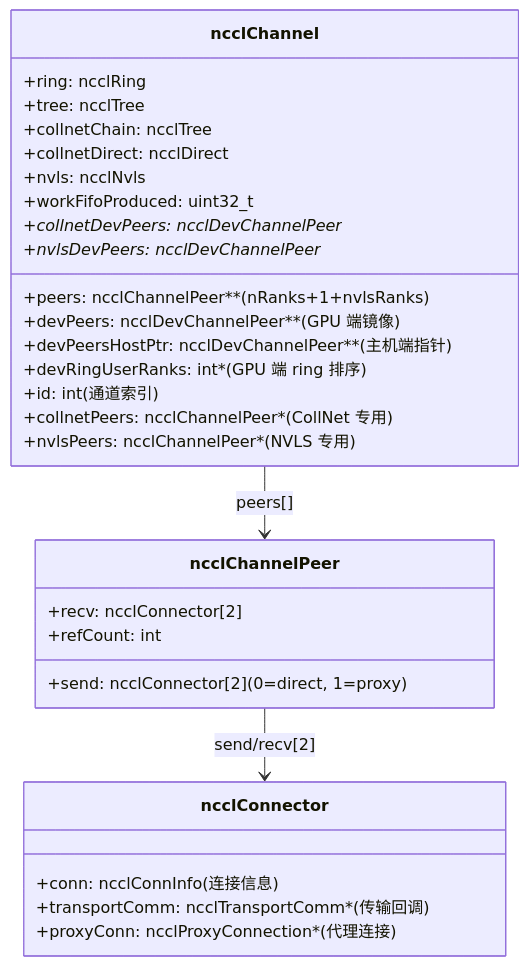
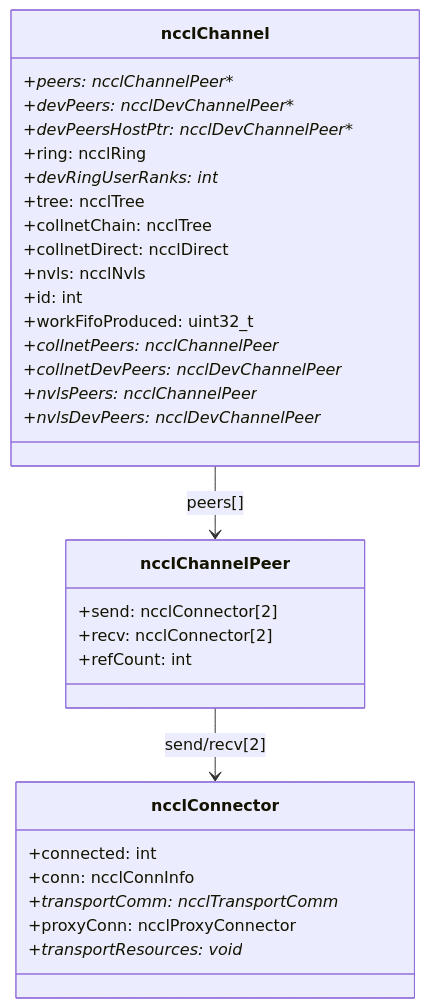
The first of 12 diagrams in dd_nccl_glm5.1/03-channel.md (s0okiym/share), drawn with Mermaid before and after one commit. The commit also changed other lines of this file and 19 other files, not shown here.

````diff
--- a/dd_nccl_glm5.1/03-channel.md
+++ b/dd_nccl_glm5.1/03-channel.md
@@ -11,35 +11,37 @@
 ```mermaid
 classDiagram
     class ncclChannel {
-        +peers: ncclChannelPeer** (nRanks+1+nvlsRanks)
-        +devPeers: ncclDevChannelPeer** (GPU 端镜像)
-        +devPeersHostPtr: ncclDevChannelPeer** (主机端指针)
+        +peers: ncclChannelPeer**
+        +devPeers: ncclDevChannelPeer**
+        +devPeersHostPtr: ncclDevChannelPeer**
         +ring: ncclRing
-        +devRingUserRanks: int* (GPU 端 ring 排序)
+        +devRingUserRanks: int*
         +tree: ncclTree
         +collnetChain: ncclTree
         +collnetDirect: ncclDirect
         +nvls: ncclNvls
-        +id: int (通道索引)
+        +id: int
         +workFifoProduced: uint32_t
-        +collnetPeers: ncclChannelPeer* (CollNet 专用)
+        +collnetPeers: ncclChannelPeer*
         +collnetDevPeers: ncclDevChannelPeer*
-        +nvlsPeers: ncclChannelPeer* (NVLS 专用)
+        +nvlsPeers: ncclChannelPeer*
         +nvlsDevPeers: ncclDevChannelPeer*
     }
 
     class ncclChannelPeer {
-        +send: ncclConnector[2] (0=direct, 1=proxy)
+        +send: ncclConnector[2]
         +recv: ncclConnector[2]
         +refCount: int
     }
 
     class ncclConnector {
-        +conn: ncclConnInfo (连接信息)
-        +transportComm: ncclTransportComm* (传输回调)
-        +proxyConn: ncclProxyConnection* (代理连接)
+        +connected: int
+        +conn: ncclConnInfo
+        +transportComm: ncclTransportComm*
+        +proxyConn: ncclProxyConnector
+        +transportResources: void*
     }
 
     ncclChannel --> ncclChannelPeer : peers[]
     ncclChannelPeer --> ncclConnector : send/recv[2]
 ```
````
